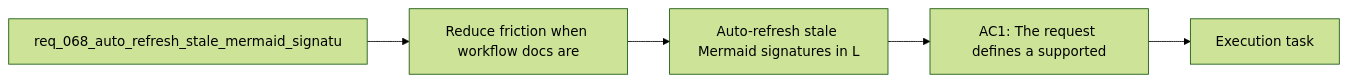
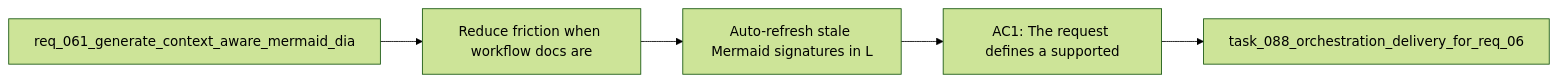
Before and after one commit to AlexAgo83/logics-manager: the diagram in logics/backlog/item_091_auto_refresh_stale_mermaid_signatures_in_logics_workflow_docs.md, drawn with Mermaid (forest theme). The commit also changed other lines of this file and 481 other files, not shown here.

````diff
--- a/logics/backlog/item_091_auto_refresh_stale_mermaid_signatures_in_logics_workflow_docs.md
+++ b/logics/backlog/item_091_auto_refresh_stale_mermaid_signatures_in_logics_workflow_docs.md
@@ -22,9 +22,9 @@
 ```mermaid
 %% logics-kind: backlog
 %% logics-signature: backlog|auto-refresh-stale-mermaid-signatures-in|req-061-generate-context-aware-mermaid-d|reduce-friction-when-workflow-docs-are|ac1-the-request-defines-a-supported
 flowchart LR
-    Request[req_068_auto_refresh_stale_mermaid_signatu] --> Problem[Reduce friction when workflow docs are]
+    Request[req_061_generate_context_aware_mermaid_dia] --> Problem[Reduce friction when workflow docs are]
     Problem --> Scope[Auto-refresh stale Mermaid signatures in L]
     Scope --> Acceptance[AC1: The request defines a supported]
-    Acceptance --> Tasks[Execution task]
+    Acceptance --> Tasks[task_088_orchestration_delivery_for_req_06]
 ```
````
